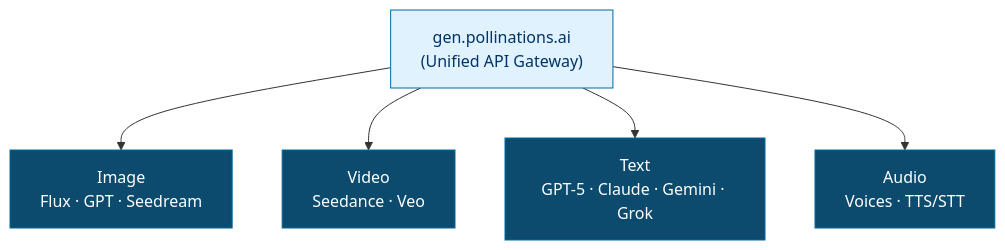
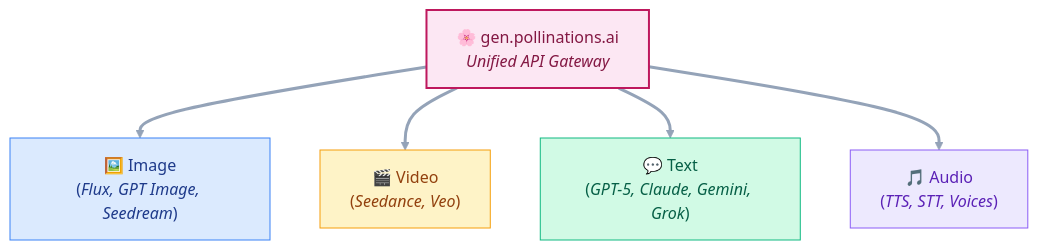
Before and after one commit to pollinations/pollinations: the diagram in .github/profile/README.md, drawn with Mermaid.

Commit message:
style: improve Mermaid diagram with colors, italics, and visible arrows

````diff
--- a/.github/profile/README.md
+++ b/.github/profile/README.md
@@ -77,15 +77,16 @@
 ```mermaid
 flowchart TB
-    A["gen.pollinations.ai<br/>(Unified API Gateway)"]
+    A["🌸 gen.pollinations.ai<br/><i>Unified API Gateway</i>"]
 
-      A --> I["Image<br/>Flux · GPT · Seedream"]
-      A --> V["Video<br/>Seedance · Veo"]
-      A --> T["Text<br/>GPT-5 · Claude · Gemini · Grok"]
-      A --> AU["Audio<br/>Voices · TTS/STT"]
+      A --> I["🖼️ Image<br/>(<i>Flux, GPT Image, Seedream</i>)"]
+      A --> V["🎬 Video<br/>(<i>Seedance, Veo</i>)"]
+      A --> T["💬 Text<br/>(<i>GPT-5, Claude, Gemini, Grok</i>)"]
+      A --> AU["🎵 Audio<br/>(<i>TTS, STT, Voices</i>)"]
 
-      style A fill:#e0f2fe,stroke:#0369a1,color:#003366
-      style I fill:#0c4a6e,stroke:#0369a1,color:#fff
-      style V fill:#0c4a6e,stroke:#0369a1,color:#fff
-      style T fill:#0c4a6e,stroke:#0369a1,color:#fff
-      style AU fill:#0c4a6e,stroke:#0369a1,color:#fff
+      style A fill:#fce7f3,stroke:#be185d,color:#831843,stroke-width:2px
+      style I fill:#dbeafe,stroke:#3b82f6,color:#1e3a8a
+      style V fill:#fef3c7,stroke:#f59e0b,color:#92400e
+      style T fill:#d1fae5,stroke:#10b981,color:#065f46
+      style AU fill:#ede9fe,stroke:#8b5cf6,color:#5b21b6
+      linkStyle default stroke:#94a3b8,stroke-width:3px
 ```
````
